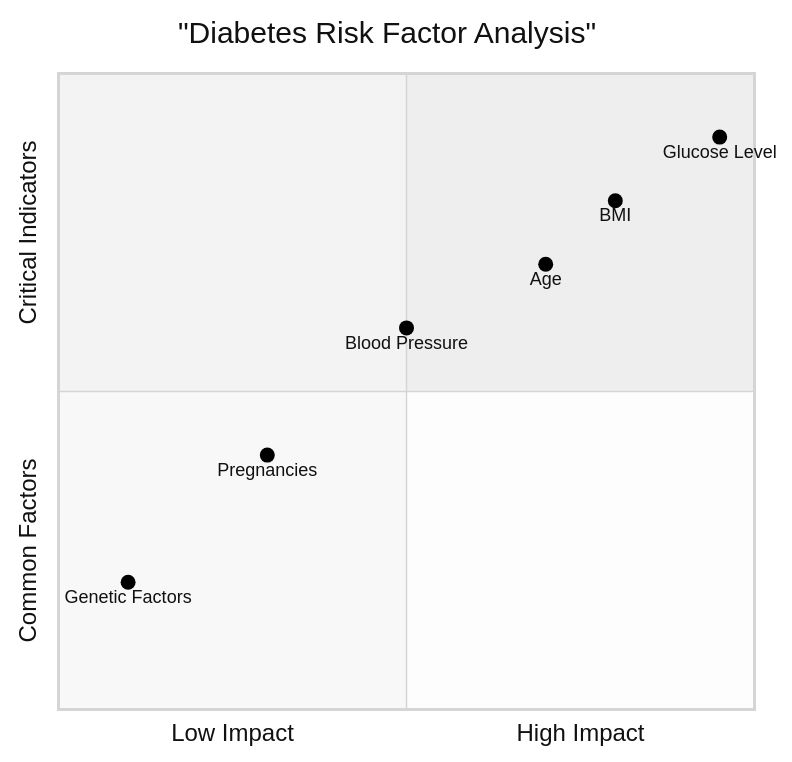
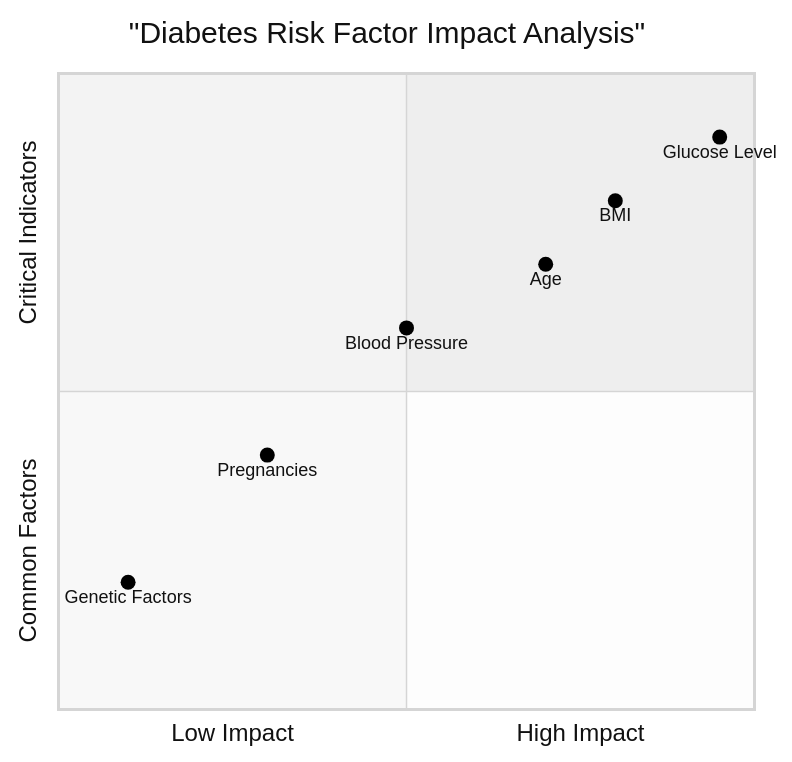
One commit to Dibyendu17122003/FEMALE-DIABETES-PREDICTION-ML changed the fifth of 5 diagrams in README.md. Above: the diagram before and after it, drawn with Mermaid (neutral theme). The commit also changed other lines of this file, not shown here.

````diff
--- a/README.md
+++ b/README.md
@@ -623,12 +285,12 @@
 ```mermaid
 quadrantChart
-    title "Diabetes Risk Factor Analysis"
+    title "Diabetes Risk Factor Impact Analysis"
     x-axis "Low Impact" --> "High Impact"
     y-axis "Common Factors" --> "Critical Indicators"
     "Genetic Factors": [0.1, 0.2]
     "Pregnancies": [0.3, 0.4]
     "Blood Pressure": [0.5, 0.6]
     "Age": [0.7, 0.7]
     "BMI": [0.8, 0.8]
     "Glucose Level": [0.95, 0.9]
 ```
````
